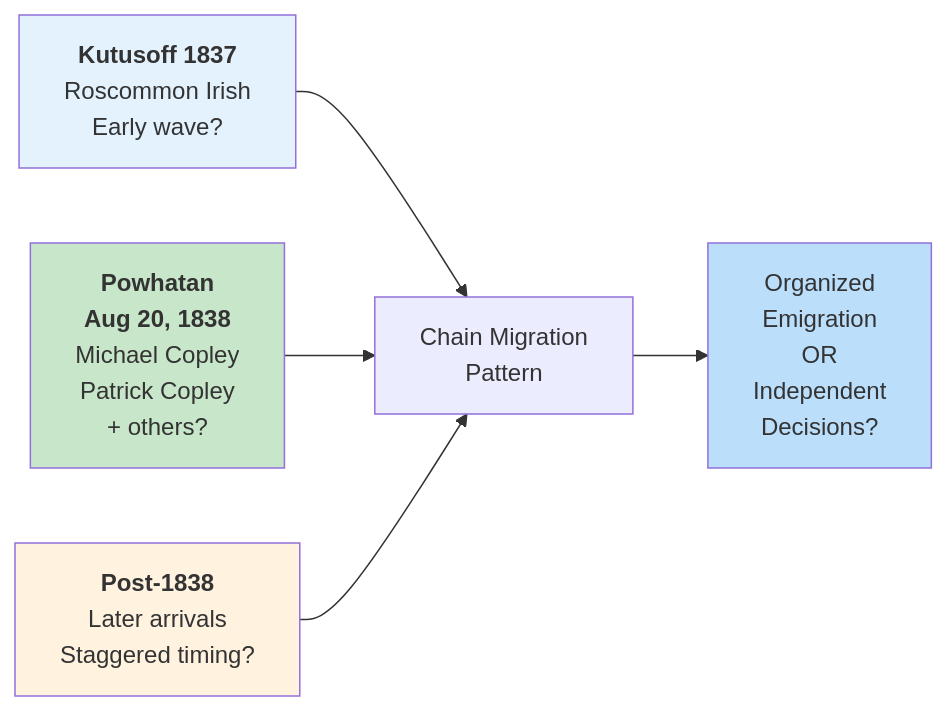
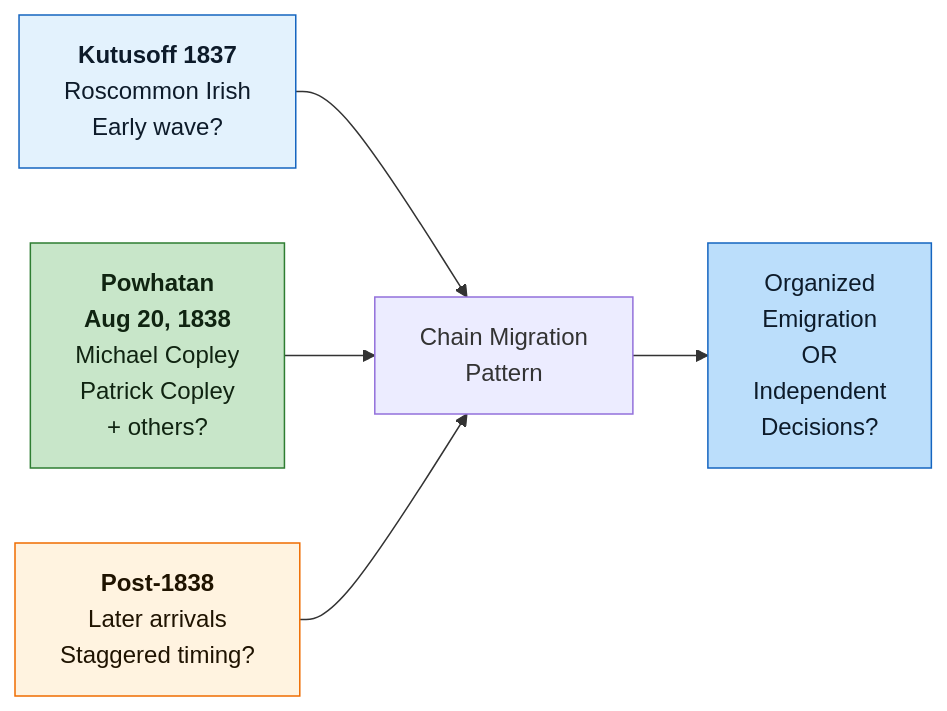
One commit to zcopley/copley-family-research changed the third of 7 diagrams in Topics/Murray Settlement Research Roadmap.md. Above: the diagram before and after it, drawn with Mermaid. The commit also changed other lines of this file and 14 other files, not shown here.

Commit message:
Enforce Mermaid diagram contrast

````diff
--- a/Topics/Murray Settlement Research Roadmap.md
+++ b/Topics/Murray Settlement Research Roadmap.md
@@ -184,17 +184,17 @@
 ```mermaid
 graph LR
     KUTUSOFF["<b>Kutusoff 1837</b><br/>Roscommon Irish<br/>Early wave?"]
     POWHATAN["<b>Powhatan<br/>Aug 20, 1838</b><br/>Michael Copley<br/>Patrick Copley<br/>+ others?"]
     POST1838["<b>Post-1838</b><br/>Later arrivals<br/>Staggered timing?"]
     
     KUTUSOFF --> CHAIN["Chain Migration<br/>Pattern"]
     POWHATAN --> CHAIN
     POST1838 --> CHAIN
     
     CHAIN --> VERDICT["Organized<br/>Emigration<br/>OR<br/>Independent<br/>Decisions?"]
     
-    style KUTUSOFF fill:#e3f2fd
-    style POWHATAN fill:#c8e6c9
-    style POST1838 fill:#fff3e0
-    style VERDICT fill:#bbdefb
+    style KUTUSOFF fill:#e3f2fd,stroke:#1565c0,color:#0d1b2a
+    style POWHATAN fill:#c8e6c9,stroke:#2e7d32,color:#102411
+    style POST1838 fill:#fff3e0,stroke:#ef6c00,color:#1f1300
+    style VERDICT fill:#bbdefb,stroke:#1565c0,color:#0d1b2a
 ```
````
